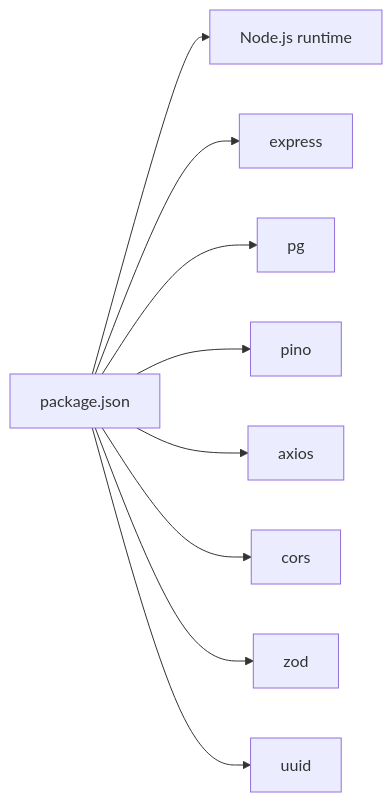
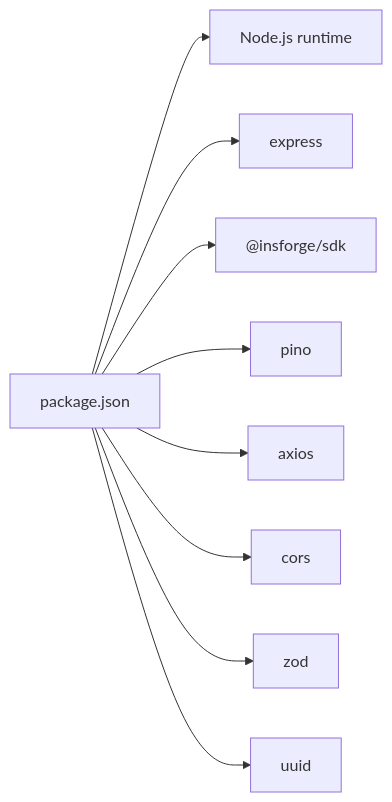
One commit to vishnusaibhosekar/ares changed the sixth of 6 diagrams in .qoder/repowiki/en/content/Deployment & Operations.md. Above: the diagram before and after it, drawn with Mermaid. The commit also changed other lines of this file and 12 other files, not shown here.

Commit message:
fix: gracefully handle @insforge/sdk unavailability with try-catch require

````diff
--- a/.qoder/repowiki/en/content/Deployment & Operations.md
+++ b/.qoder/repowiki/en/content/Deployment & Operations.md
@@ -242,11 +277,11 @@
 ```mermaid
 graph LR
 P["package.json"] --> NPM["Node.js runtime"]
 P --> EXP["express"]
-P --> PG["pg"]
+P --> INS["@insforge/sdk"]
 P --> PINO["pino"]
 P --> AX["axios"]
 P --> CORS["cors"]
 P --> ZOD["zod"]
 P --> UU["uuid"]
 ```
````
